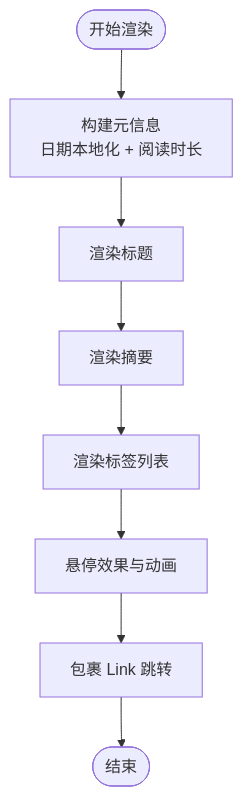
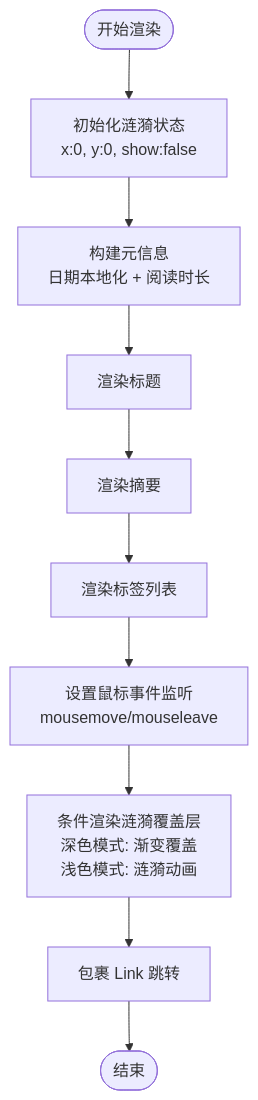
Before and after one commit to InfSky-233/B02: the fourth of 7 diagrams in .qoder/repowiki/zh/content/组件系统/博客卡片组件 (BlogCard).md, drawn with Mermaid. The commit also changed other lines of this file and 12 other files, not shown here.

````diff
--- a/.qoder/repowiki/zh/content/组件系统/博客卡片组件 (BlogCard).md
+++ b/.qoder/repowiki/zh/content/组件系统/博客卡片组件 (BlogCard).md
@@ -198,10 +224,12 @@
 ```mermaid
 flowchart TD
-Start(["开始渲染"]) --> BuildMeta["构建元信息<br/>日期本地化 + 阅读时长"]
+Start(["开始渲染"]) --> InitState["初始化涟漪状态<br/>x:0, y:0, show:false"]
+InitState --> BuildMeta["构建元信息<br/>日期本地化 + 阅读时长"]
 BuildMeta --> RenderTitle["渲染标题"]
 RenderTitle --> RenderExcerpt["渲染摘要"]
 RenderExcerpt --> RenderTags["渲染标签列表"]
-RenderTags --> HoverEffects["悬停效果与动画"]
-HoverEffects --> LinkWrap["包裹 Link 跳转"]
+RenderTags --> HoverSetup["设置鼠标事件监听<br/>mousemove/mouseleave"]
+HoverSetup --> RippleOverlay["条件渲染涟漪覆盖层<br/>深色模式: 渐变覆盖<br/>浅色模式: 涟漪动画"]
+RippleOverlay --> LinkWrap["包裹 Link 跳转"]
 LinkWrap --> End(["结束"])
 ```
````
